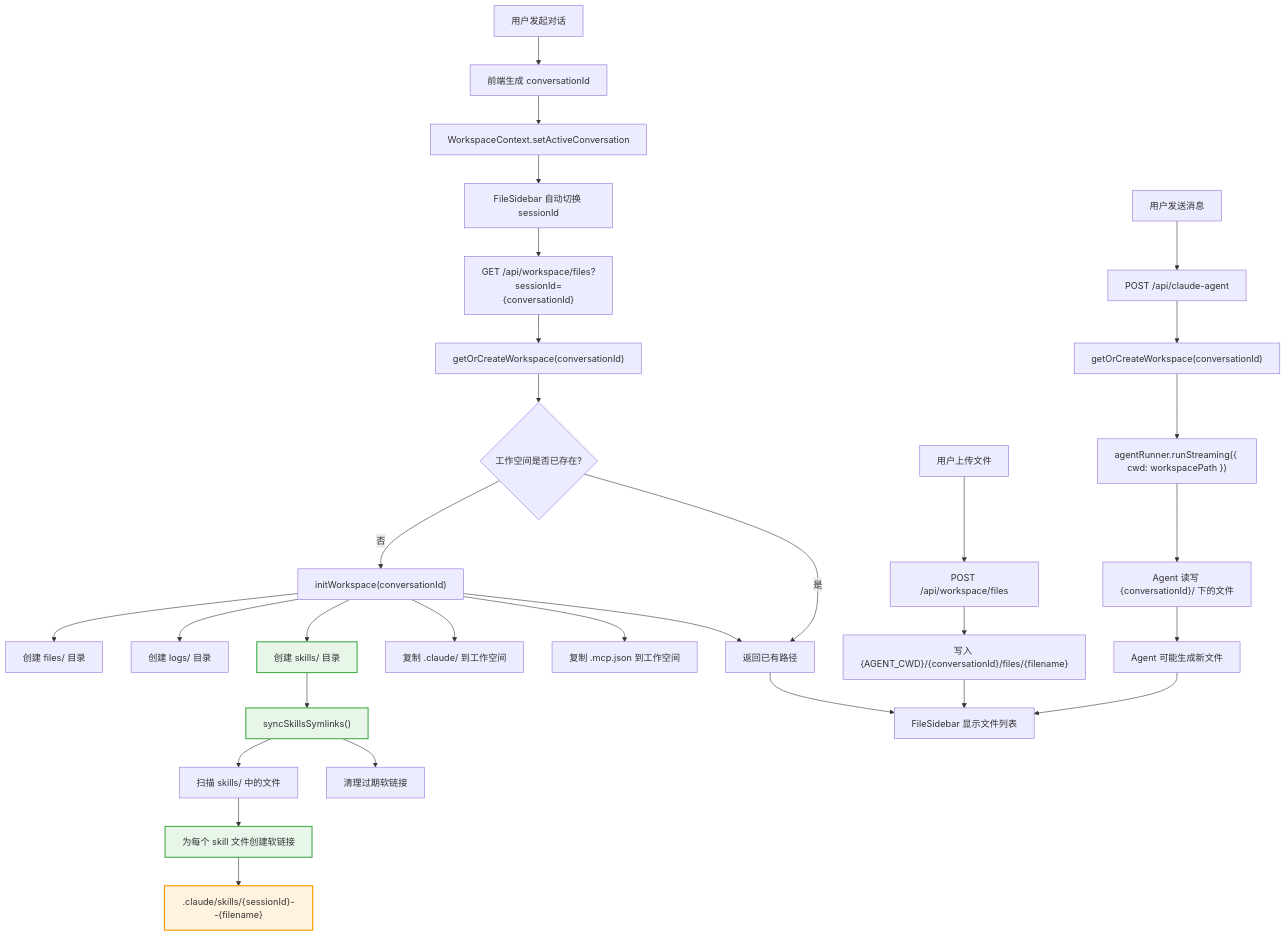
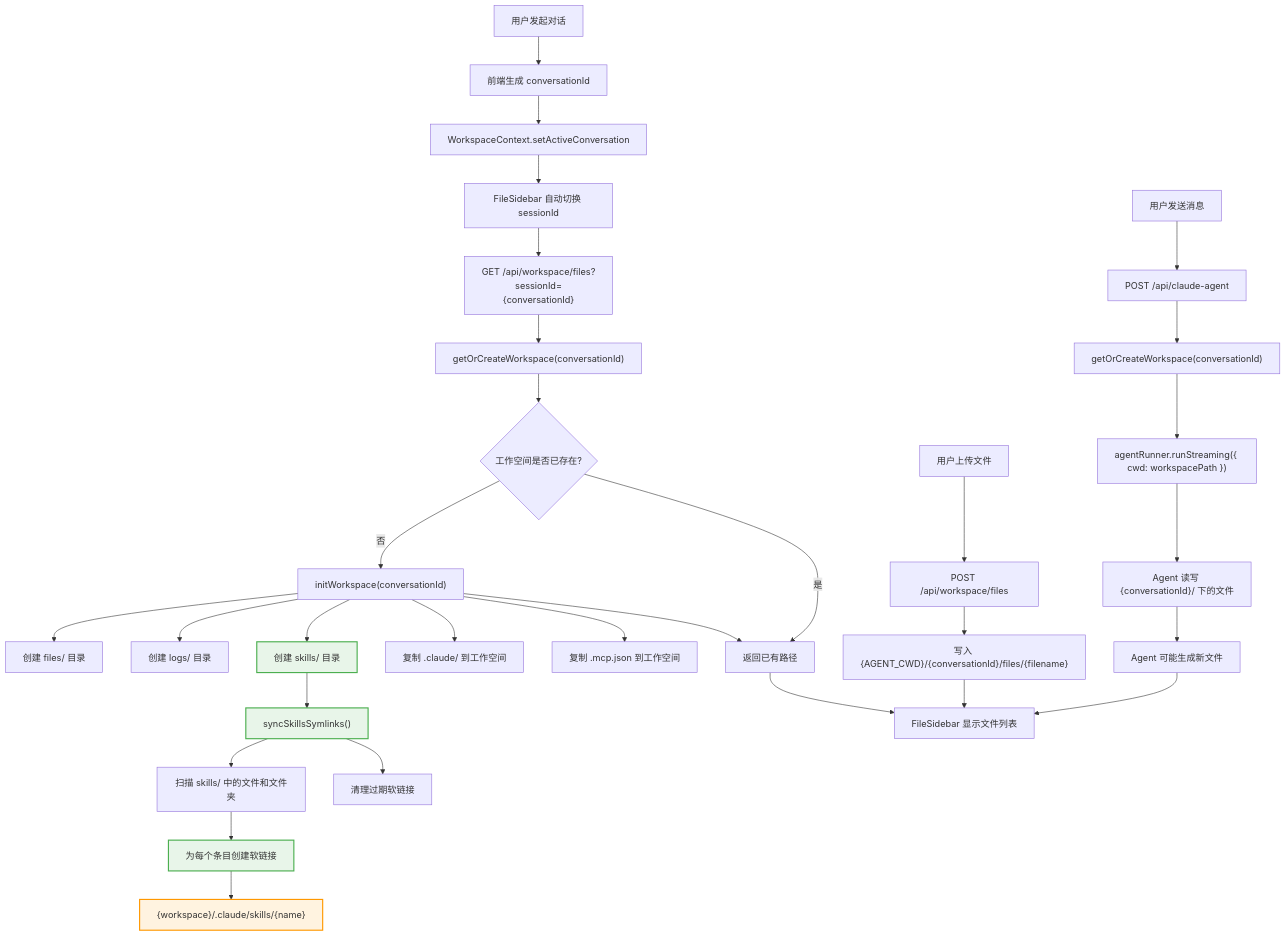
One commit to glide-the/dream-im-platform changed the first of 3 diagrams in docs/solution/workspace-skills-flow.md. Above: the diagram before and after it, drawn with Mermaid. The commit also changed other lines of this file and 3 other files, not shown here.

Commit message:
feat: enhance skills synchronization flow to support folder symlinks and improve documentation

````diff
--- a/docs/solution/workspace-skills-flow.md
+++ b/docs/solution/workspace-skills-flow.md
@@ -11,43 +11,43 @@
 ```mermaid
 flowchart TD
     A[用户发起对话] --> B[前端生成 conversationId]
     B --> C[WorkspaceContext.setActiveConversation]
     C --> D[FileSidebar 自动切换 sessionId]
 
     D --> E["GET /api/workspace/files?sessionId={conversationId}"]
     E --> F["getOrCreateWorkspace(conversationId)"]
     F --> G{工作空间是否已存在?}
     G -- 否 --> H["initWorkspace(conversationId)"]
     G -- 是 --> I[返回已有路径]
 
     H --> H1["创建 files/ 目录"]
     H --> H2["创建 logs/ 目录"]
     H --> H3["创建 skills/ 目录"]
     H --> H4["复制 .claude/ 到工作空间"]
     H --> H5["复制 .mcp.json 到工作空间"]
     H3 --> H6["syncSkillsSymlinks()"]
-    H6 --> H7["扫描 skills/ 中的文件"]
-    H7 --> H8["为每个 skill 文件创建软链接"]
-    H8 --> H9[".claude/skills/{sessionId}--{filename}"]
+    H6 --> H7["扫描 skills/ 中的文件和文件夹"]
+    H7 --> H8["为每个条目创建软链接"]
+    H8 --> H9["{workspace}/.claude/skills/{name}"]
     H6 --> H10["清理过期软链接"]
 
     H --> I
 
     I --> J[FileSidebar 显示文件列表]
 
     K[用户上传文件] --> L["POST /api/workspace/files"]
     L --> M["写入 {AGENT_CWD}/{conversationId}/files/{filename}"]
     M --> J
 
     N[用户发送消息] --> O["POST /api/claude-agent"]
     O --> P["getOrCreateWorkspace(conversationId)"]
     P --> Q["agentRunner.runStreaming({ cwd: workspacePath })"]
     Q --> R["Agent 读写 {conversationId}/ 下的文件"]
     R --> S["Agent 可能生成新文件"]
     S --> J
 
     style H3 fill:#e8f5e9,stroke:#4caf50,stroke-width:2px
     style H6 fill:#e8f5e9,stroke:#4caf50,stroke-width:2px
     style H8 fill:#e8f5e9,stroke:#4caf50,stroke-width:2px
     style H9 fill:#fff3e0,stroke:#ff9800,stroke-width:2px
 ```
````
